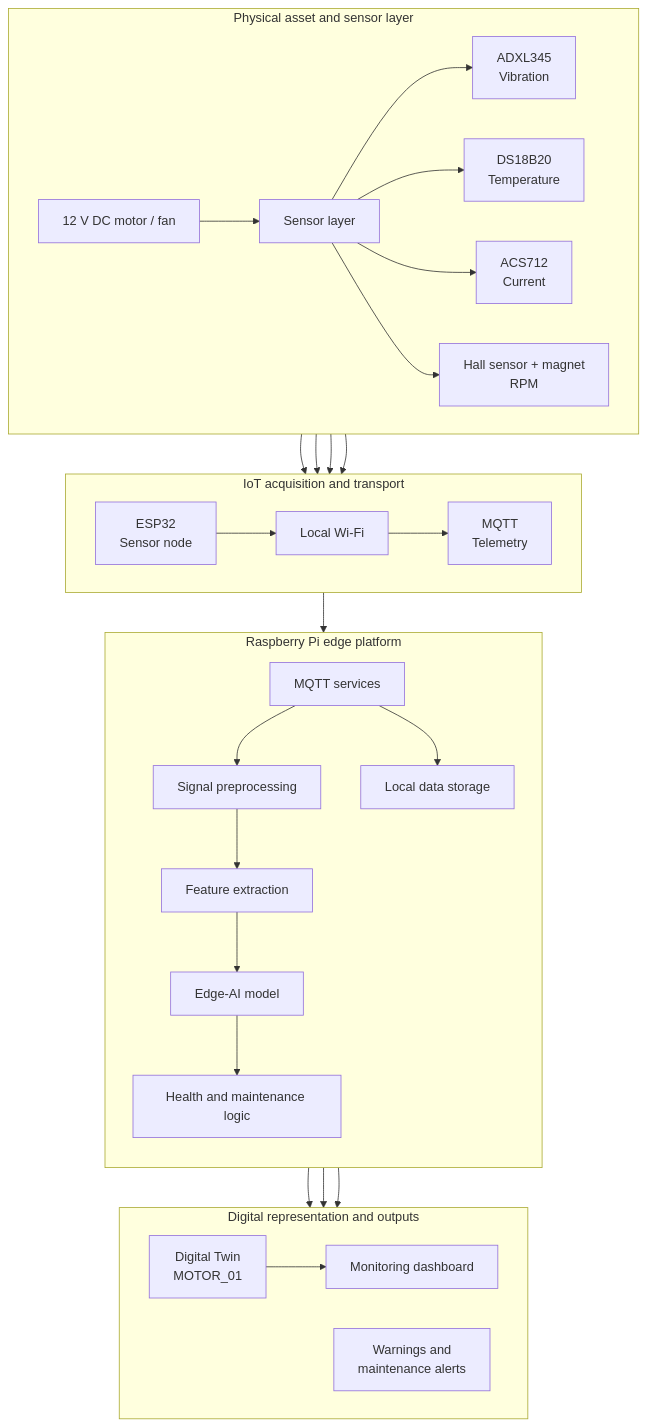
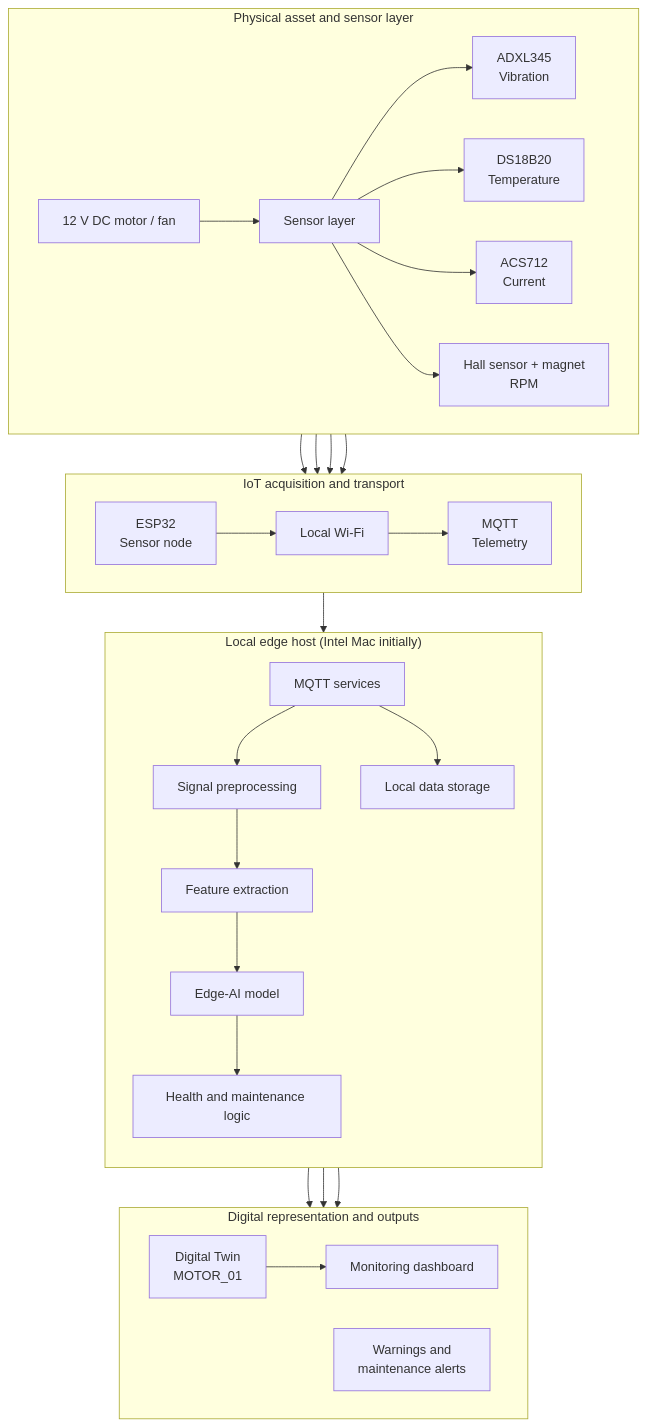
One commit to krutharth-dev/edge-ai-digital-twin changed the first of 2 diagrams in README.md. Above: the diagram before and after it, drawn with Mermaid. The commit also changed other lines of this file, not shown here.

Commit message:
docs: align README.md with Mac-first development and new guides

````diff
--- a/README.md
+++ b/README.md
@@ -104,40 +129,40 @@
 ```mermaid
 flowchart TB
     subgraph P["Physical asset and sensor layer"]
         direction LR
         M["12 V DC motor / fan"] --> S["Sensor layer"]
         S --> V["ADXL345<br/>Vibration"]
         S --> T["DS18B20<br/>Temperature"]
         S --> C["ACS712<br/>Current"]
         S --> R["Hall sensor + magnet<br/>RPM"]
     end
 
     subgraph I["IoT acquisition and transport"]
         direction LR
         E["ESP32<br/>Sensor node"] --> W["Local Wi-Fi"] --> Q["MQTT<br/>Telemetry"]
     end
 
-    subgraph G["Raspberry Pi edge platform"]
+    subgraph G["Local edge host (Intel Mac initially)"]
         direction TB
         PI["MQTT services"] --> PP["Signal preprocessing"]
         PP --> FE["Feature extraction"]
         FE --> AI["Edge-AI model"]
         PI --> DB["Local data storage"]
         AI --> H["Health and maintenance logic"]
     end
 
     subgraph D["Digital representation and outputs"]
         direction LR
         DT["Digital Twin<br/>MOTOR_01"] --> UI["Monitoring dashboard"]
         AL["Warnings and<br/>maintenance alerts"]
     end
 
     V --> E
     T --> E
     C --> E
     R --> E
     Q --> PI
     DB --> DT
     H --> DT
     H --> AL
 ```
````
